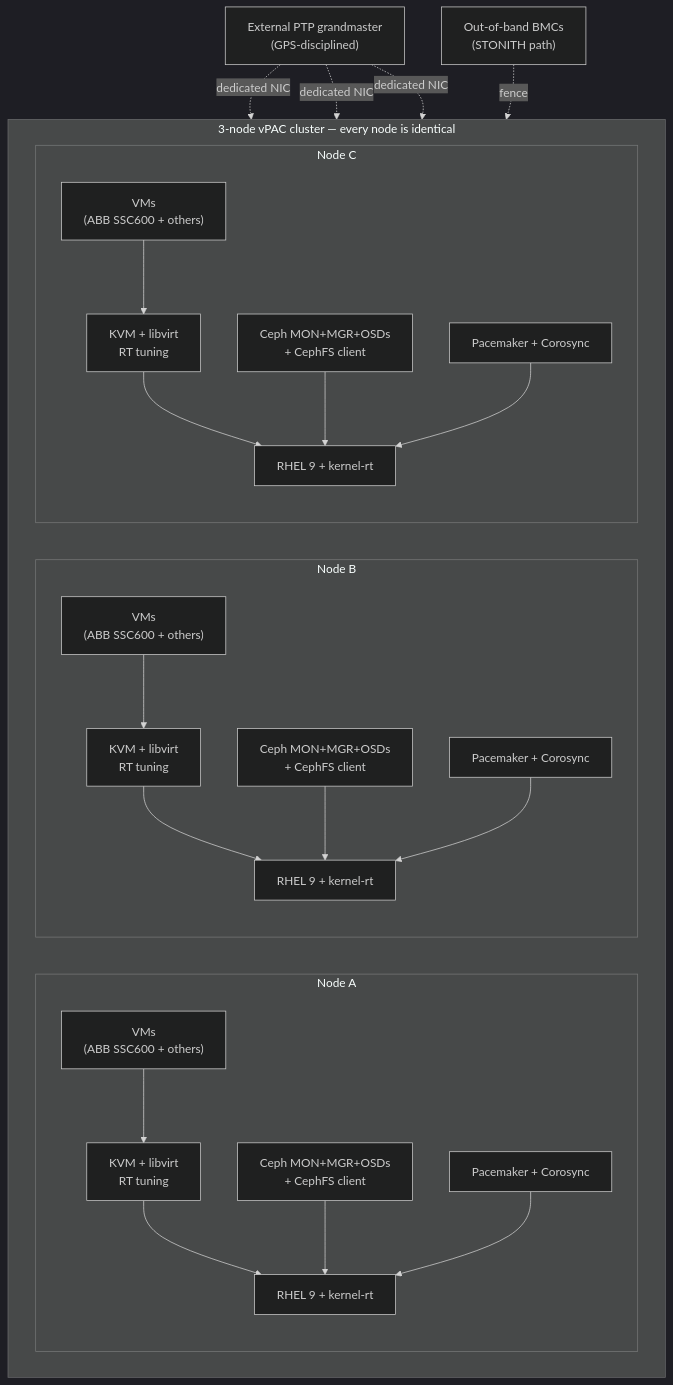
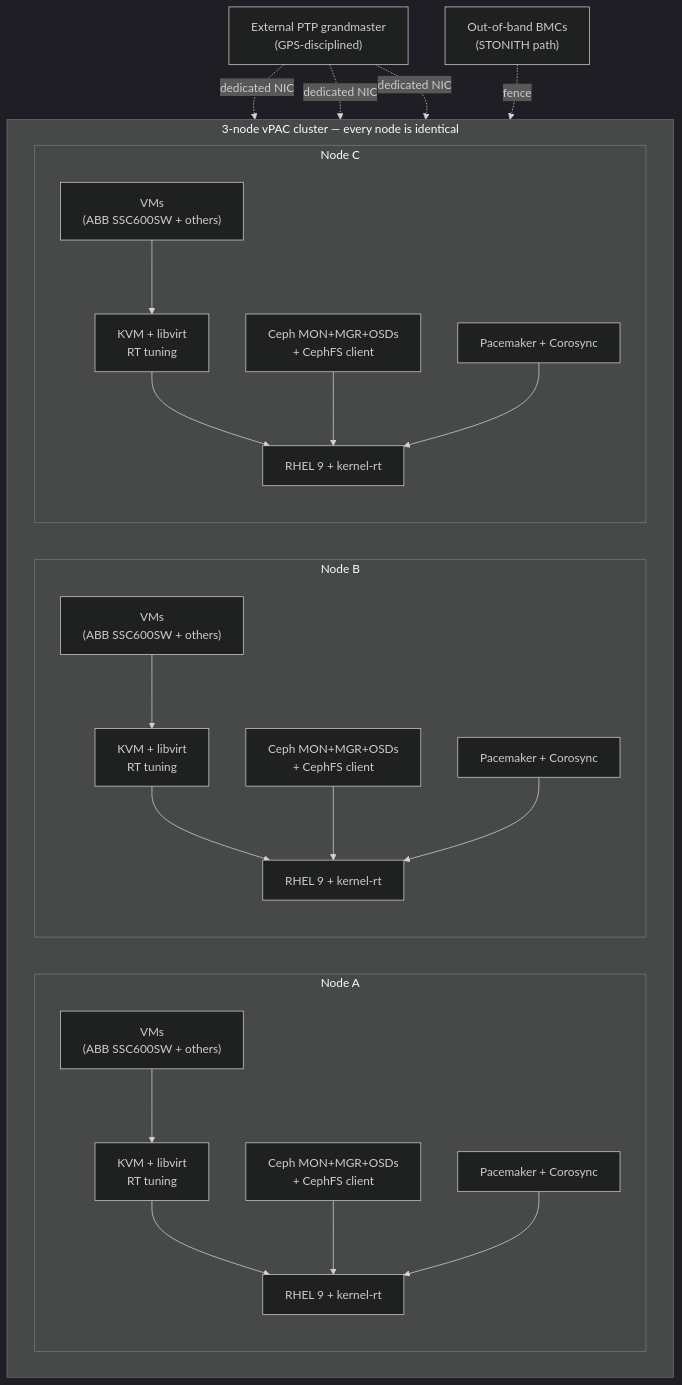
One commit to RedHatEdge/virtual-protection changed the second of 4 diagrams in README.md. Above: the diagram before and after it, drawn with Mermaid (dark theme). The commit also changed other lines of this file, not shown here.

````diff
--- a/README.md
+++ b/README.md
@@ -146,44 +146,44 @@
 ```mermaid
 flowchart TB
   subgraph cluster["3-node vPAC cluster — every node is identical"]
     direction LR
     subgraph nodeA[Node A]
       direction TB
-      A_workload["VMs<br/>(ABB SSC600 + others)"]
+      A_workload["VMs<br/>(ABB SSC600SW + others)"]
       A_libvirt["KVM + libvirt<br/>RT tuning"]
       A_ceph["Ceph MON+MGR+OSDs<br/>+ CephFS client"]
       A_pcmk["Pacemaker + Corosync"]
       A_rhel["RHEL 9 + kernel-rt"]
       A_workload --> A_libvirt --> A_rhel
       A_ceph --> A_rhel
       A_pcmk --> A_rhel
     end
     subgraph nodeB[Node B]
       direction TB
-      B_workload["VMs<br/>(ABB SSC600 + others)"]
+      B_workload["VMs<br/>(ABB SSC600SW + others)"]
       B_libvirt["KVM + libvirt<br/>RT tuning"]
       B_ceph["Ceph MON+MGR+OSDs<br/>+ CephFS client"]
       B_pcmk["Pacemaker + Corosync"]
       B_rhel["RHEL 9 + kernel-rt"]
       B_workload --> B_libvirt --> B_rhel
       B_ceph --> B_rhel
       B_pcmk --> B_rhel
     end
     subgraph nodeC[Node C]
       direction TB
-      C_workload["VMs<br/>(ABB SSC600 + others)"]
+      C_workload["VMs<br/>(ABB SSC600SW + others)"]
       C_libvirt["KVM + libvirt<br/>RT tuning"]
       C_ceph["Ceph MON+MGR+OSDs<br/>+ CephFS client"]
       C_pcmk["Pacemaker + Corosync"]
       C_rhel["RHEL 9 + kernel-rt"]
       C_workload --> C_libvirt --> C_rhel
       C_ceph --> C_rhel
       C_pcmk --> C_rhel
     end
   end
 
   GM["External PTP grandmaster<br/>(GPS-disciplined)"] -. dedicated NIC .-> nodeA
   GM -. dedicated NIC .-> nodeB
   GM -. dedicated NIC .-> nodeC
   BMC["Out-of-band BMCs<br/>(STONITH path)"] -. fence .-> cluster
 ```
````
